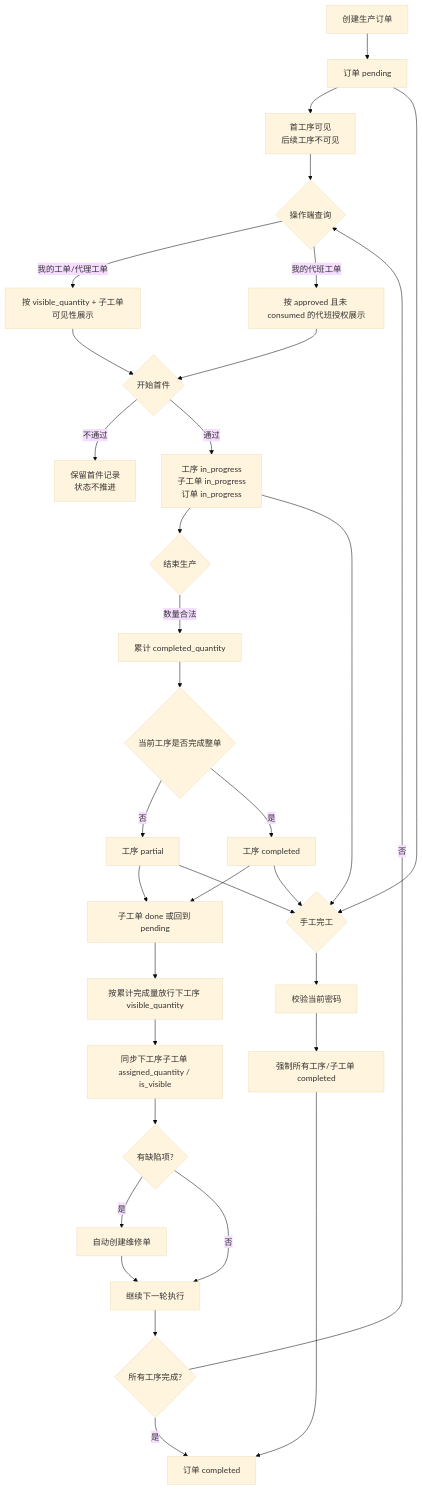
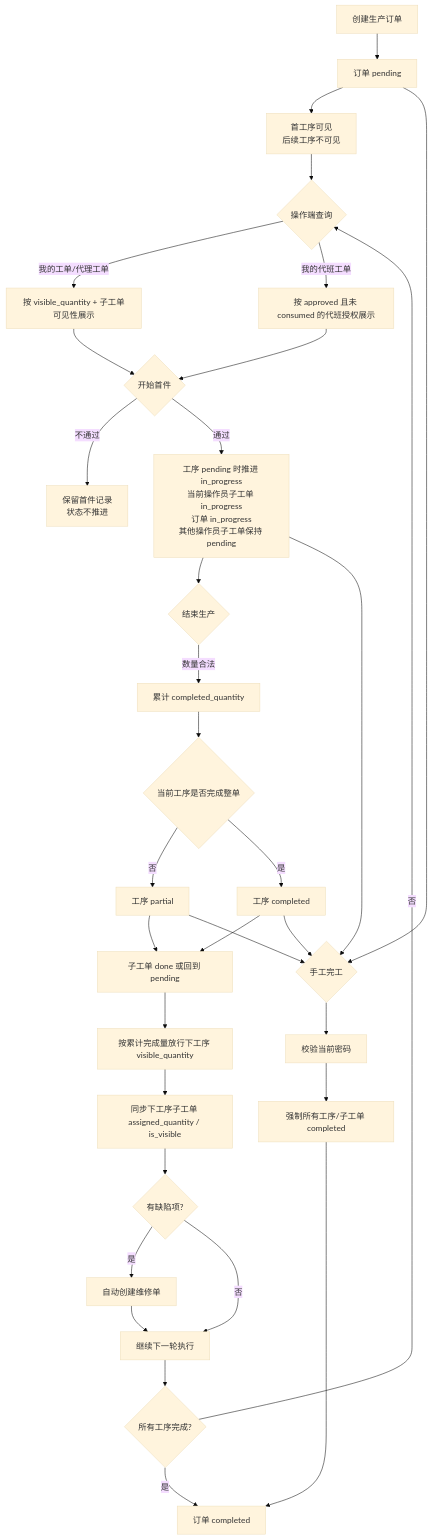
The second of 3 diagrams in docs/生产订单流转/03-生产订单流转思维导图.md (donkilove/ZYKJ_MES), drawn with Mermaid (base theme) before and after one commit. The commit also changed other lines of this file and 5 other files, not shown here.

````diff
--- a/docs/生产订单流转/03-生产订单流转思维导图.md
+++ b/docs/生产订单流转/03-生产订单流转思维导图.md
@@ -99,40 +103,40 @@
 ```mermaid
 flowchart TD
     A[创建生产订单] --> B[订单 pending]
     B --> C[首工序可见<br/>后续工序不可见]
     C --> D{操作端查询}
     D -->|我的工单/代理工单| E[按 visible_quantity + 子工单可见性展示]
     D -->|我的代班工单| F[按 approved 且未 consumed 的代班授权展示]
 
     E --> G{开始首件}
     F --> G
     G -->|不通过| H[保留首件记录<br/>状态不推进]
-    G -->|通过| I[工序 in_progress<br/>子工单 in_progress<br/>订单 in_progress]
+    G -->|通过| I[工序 pending 时推进 in_progress<br/>当前操作员子工单 in_progress<br/>订单 in_progress<br/>其他操作员子工单保持 pending]
 
     I --> J{结束生产}
     J -->|数量合法| K[累计 completed_quantity]
     K --> L{当前工序是否完成整单}
     L -->|否| M[工序 partial]
     L -->|是| N[工序 completed]
 
     M --> O[子工单 done 或回到 pending]
     N --> O
     O --> P[按累计完成量放行下工序 visible_quantity]
     P --> Q[同步下工序子工单 assigned_quantity / is_visible]
     Q --> R{有缺陷项?}
     R -->|是| S[自动创建维修单]
     R -->|否| T[继续下一轮执行]
     S --> T
 
     T --> U{所有工序完成?}
     U -->|否| D
     U -->|是| V[订单 completed]
 
     B --> W{手工完工}
     I --> W
     M --> W
     N --> W
     W --> X[校验当前密码]
     X --> Y[强制所有工序/子工单 completed]
     Y --> V
 ```
````
